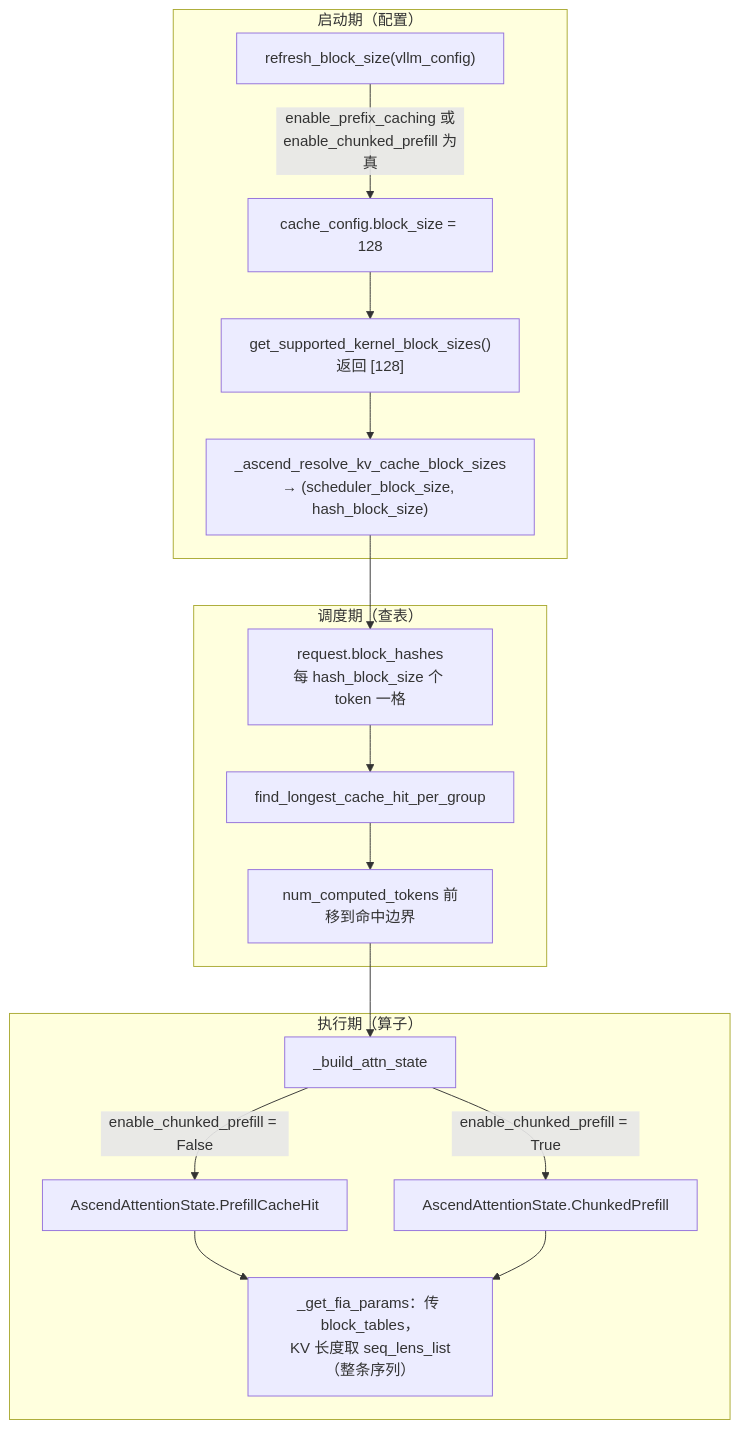
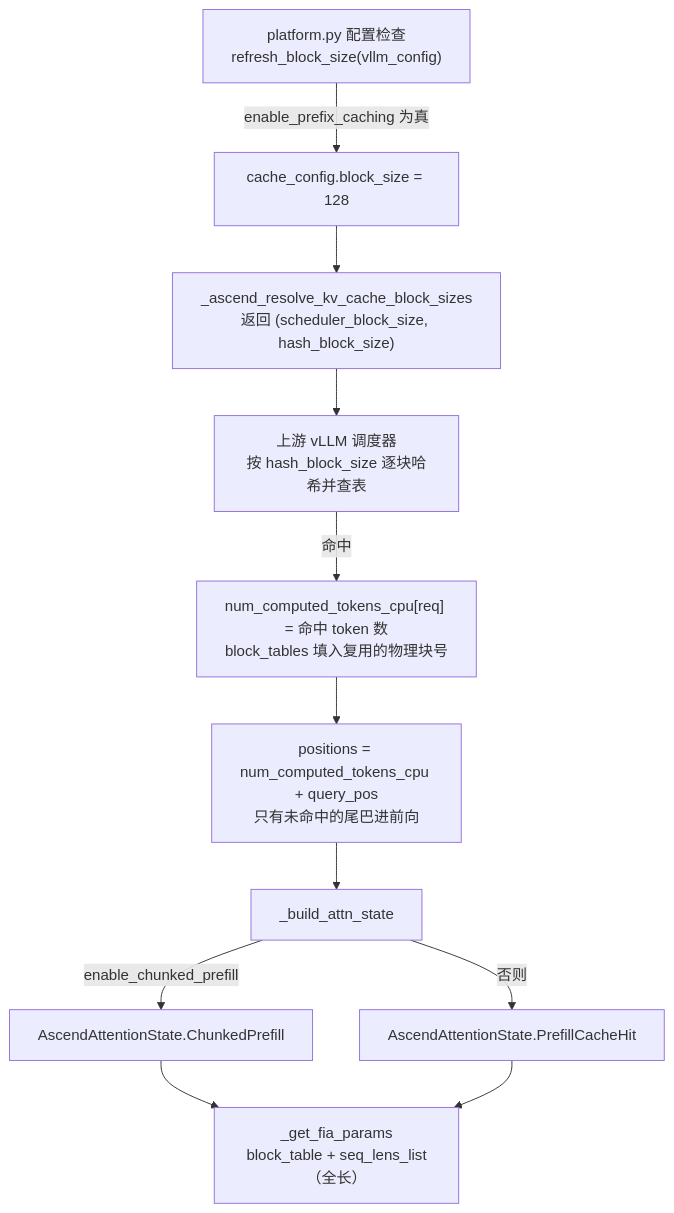
Before and after one commit to BailanCaptain/infer-lab: the diagram in wiki/_drafts/prefix-caching.md, drawn with Mermaid. The commit also changed other lines of this file and 21 other files, not shown here.

````diff
--- a/wiki/_drafts/prefix-caching.md
+++ b/wiki/_drafts/prefix-caching.md
@@ -57,20 +64,13 @@
 ```mermaid
 flowchart TD
-  subgraph S1["启动期（配置）"]
-    A["refresh_block_size(vllm_config)"] -->|"enable_prefix_caching 或<br/>enable_chunked_prefill 为真"| B["cache_config.block_size = 128"]
-    B --> C["get_supported_kernel_block_sizes()<br/>返回 [128]"]
-    C --> D["_ascend_resolve_kv_cache_block_sizes<br/>→ (scheduler_block_size, hash_block_size)"]
-  end
-  subgraph S2["调度期（查表）"]
-    D --> E["request.block_hashes<br/>每 hash_block_size 个 token 一格"]
-    E --> F["find_longest_cache_hit_per_group"]
-    F --> G["num_computed_tokens 前移到命中边界"]
-  end
-  subgraph S3["执行期（算子）"]
-    G --> H["_build_attn_state"]
-    H -->|"enable_chunked_prefill = False"| I["AscendAttentionState.PrefillCacheHit"]
-    H -->|"enable_chunked_prefill = True"| J["AscendAttentionState.ChunkedPrefill"]
-    I --> K["_get_fia_params：传 block_tables，<br/>KV 长度取 seq_lens_list（整条序列）"]
-    J --> K
-  end
+    A["platform.py 配置检查<br/>refresh_block_size(vllm_config)"] -->|enable_prefix_caching 为真| B["cache_config.block_size = 128"]
+    B --> C["_ascend_resolve_kv_cache_block_sizes<br/>返回 (scheduler_block_size, hash_block_size)"]
+    C --> D["上游 vLLM 调度器<br/>按 hash_block_size 逐块哈希并查表"]
+    D -->|命中| E["num_computed_tokens_cpu[req] = 命中 token 数<br/>block_tables 填入复用的物理块号"]
+    E --> F["positions = num_computed_tokens_cpu + query_pos<br/>只有未命中的尾巴进前向"]
+    F --> G["_build_attn_state"]
+    G -->|enable_chunked_prefill| H["AscendAttentionState.ChunkedPrefill"]
+    G -->|否则| I["AscendAttentionState.PrefillCacheHit"]
+    H --> J["_get_fia_params<br/>block_table + seq_lens_list（全长）"]
+    I --> J
 ```
````
